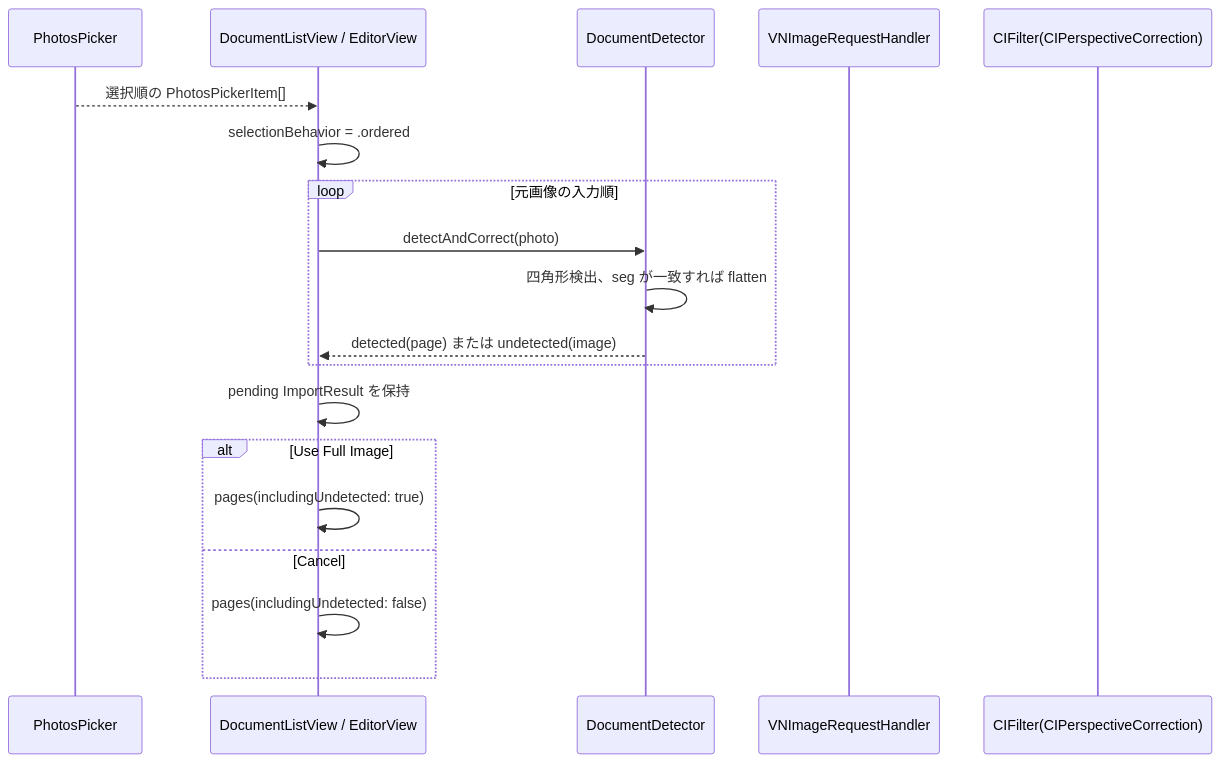
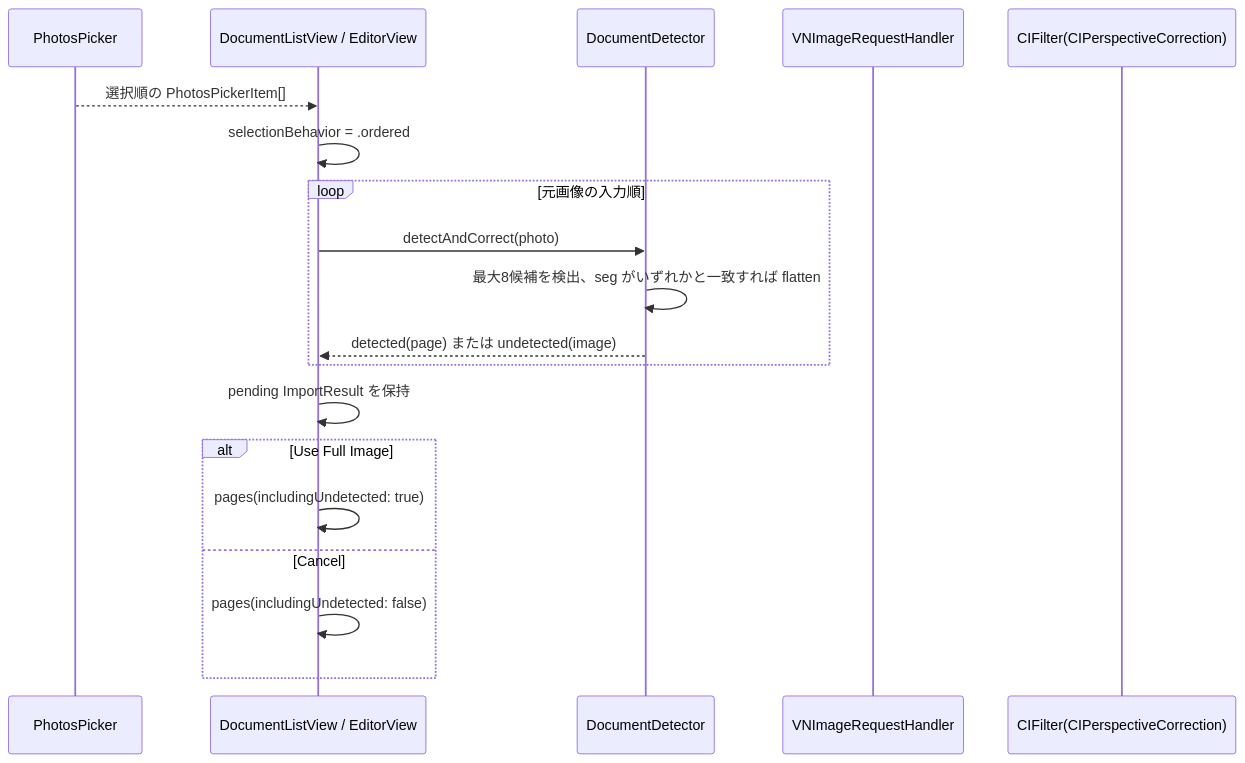
One commit to gomurin0428/DocScanner changed the second of 2 diagrams in DocScanner/Processing/README.md. Above: the diagram before and after it, drawn with Mermaid. The commit also changed other lines of this file and 10 other files, not shown here.

````diff
--- a/DocScanner/Processing/README.md
+++ b/DocScanner/Processing/README.md
@@ -107,21 +109,21 @@
 ```mermaid
 sequenceDiagram
     participant Picker as PhotosPicker
     participant UI as DocumentListView / EditorView
     participant Det as DocumentDetector
     participant VN as VNImageRequestHandler
     participant CI as CIFilter(CIPerspectiveCorrection)
     Picker-->>UI: 選択順の PhotosPickerItem[]
     UI->>UI: selectionBehavior = .ordered
     loop 元画像の入力順
         UI->>Det: detectAndCorrect(photo)
-        Det->>Det: 四角形検出、seg が一致すれば flatten
+        Det->>Det: 最大8候補を検出、seg がいずれかと一致すれば flatten
         Det-->>UI: detected(page) または undetected(image)
     end
     UI->>UI: pending ImportResult を保持
     alt Use Full Image
         UI->>UI: pages(includingUndetected: true)
     else Cancel
         UI->>UI: pages(includingUndetected: false)
     end
 ```
````
